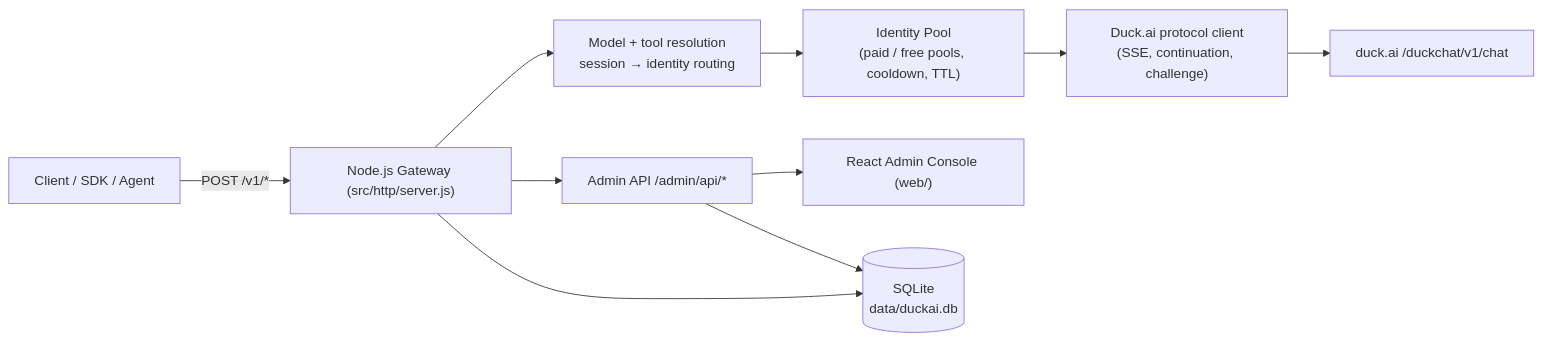
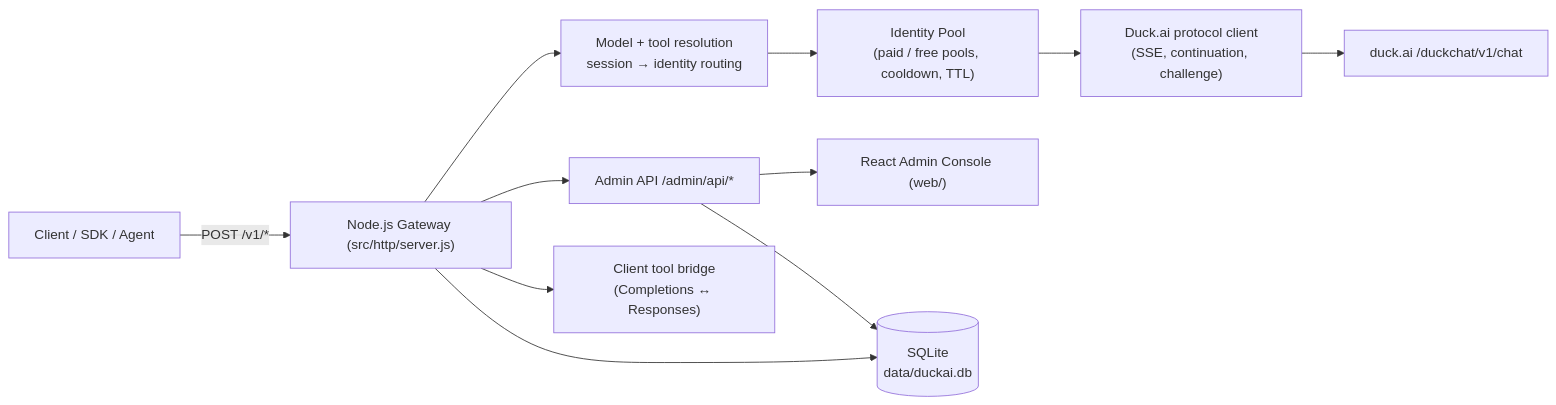
One commit to LandmineHQ/duckai-cpa changed the diagram in README.md. Above: the diagram before and after it, drawn with Mermaid. The commit also changed other lines of this file and 20 other files, not shown here.

Commit message:
feat: client tool bridge (Completions<->Responses) and preserve image context across turns

````diff
--- a/README.md
+++ b/README.md
@@ -185,12 +202,13 @@
 ```mermaid
 flowchart LR
     Client["Client / SDK / Agent"] -->|"POST /v1/*"| API["Node.js Gateway (src/http/server.js)"]
     API --> Router["Model + tool resolution<br/>session → identity routing"]
     Router --> Pool["Identity Pool<br/>(paid / free pools, cooldown, TTL)"]
     Pool --> Duck["Duck.ai protocol client<br/>(SSE, continuation, challenge)"]
     Duck --> Upstream["duck.ai /duckchat/v1/chat"]
     API --> Admin["Admin API /admin/api/*"]
     Admin --> Web["React Admin Console (web/)"]
+    API --> Tools["Client tool bridge<br/>(Completions ↔ Responses)"]
     API --> DB[("SQLite<br/>data/duckai.db")]
     Admin --> DB
 ```
````
